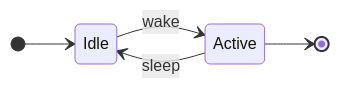
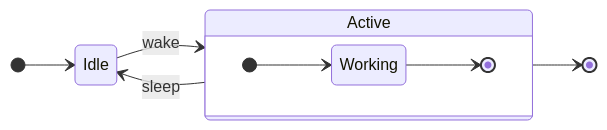
One commit to unexge/mdr changed the fourth of 5 diagrams in bombadil/fixture.md. Above: the diagram before and after it, drawn with Mermaid. The commit also changed 4 other files, not shown here.

Commit message:
feat: Render Mermaid composite states

````diff
--- a/bombadil/fixture.md
+++ b/bombadil/fixture.md
@@ -108,8 +108,13 @@
 ```mermaid
 stateDiagram-v2
 direction LR
 [*] --> Idle
 Idle --> Active : wake
+state Active {
+  direction LR
+  [*] --> Working
+  Working --> [*]
+}
 Active --> Idle : sleep
 Active --> [*]
 ```
````
